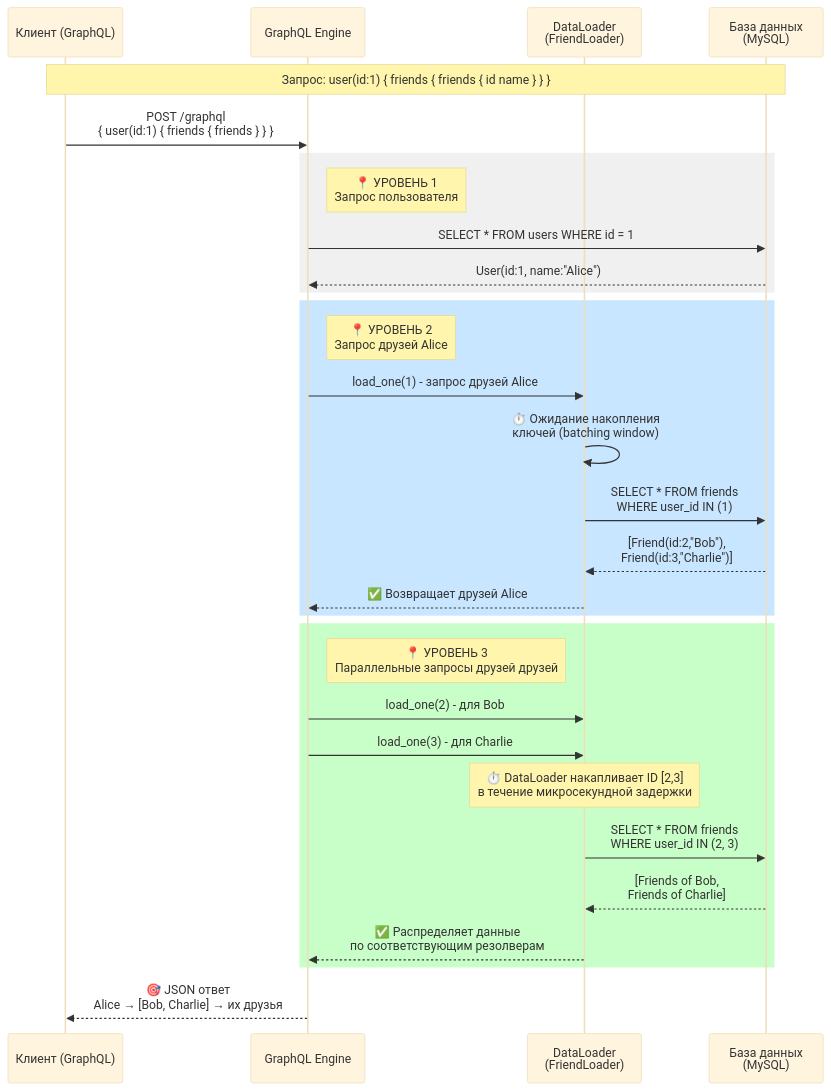
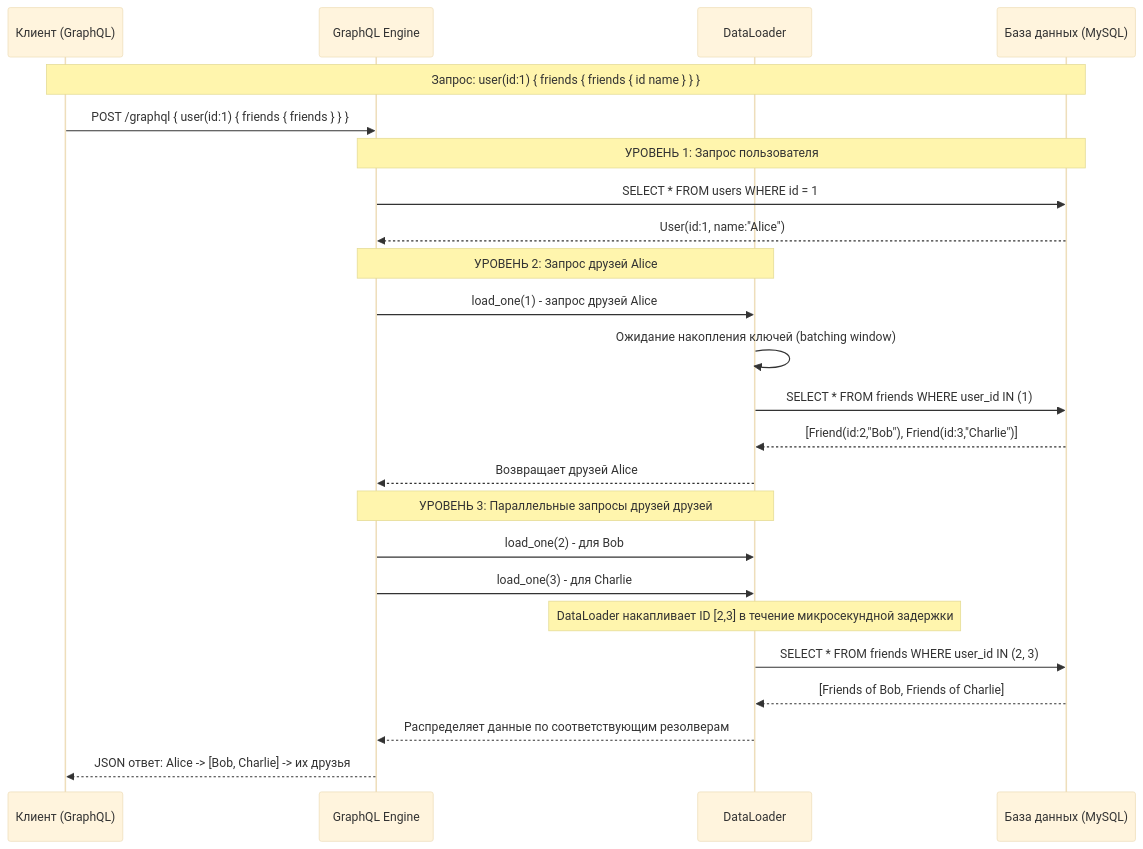
The diagram in 4_backend/README.md (ArthurPronota/rust-incubator), drawn with Mermaid (base theme) before and after one commit.

````diff
--- a/4_backend/README.md
+++ b/4_backend/README.md
@@ -63,41 +63,35 @@
 ```mermaid
 sequenceDiagram
     participant C as Клиент (GraphQL)
     participant E as GraphQL Engine
-    participant D as DataLoader<br/>(FriendLoader)
-    participant DB as База данных<br/>(MySQL)
+    participant D as DataLoader
+    participant DB as База данных (MySQL)
 
     Note over C,DB: Запрос: user(id:1) { friends { friends { id name } } }
 
-    C->>E: POST /graphql<br/>{ user(id:1) { friends { friends } } }
+    C->>E: POST /graphql { user(id:1) { friends { friends } } }
     
-    rect rgb(240, 240, 240)
-        Note right of E: 📍 УРОВЕНЬ 1<br/>Запрос пользователя
-        E->>DB: SELECT * FROM users WHERE id = 1
-        DB-->>E: User(id:1, name:"Alice")
-    end
+    Note over E,DB: УРОВЕНЬ 1: Запрос пользователя
+    E->>DB: SELECT * FROM users WHERE id = 1
+    DB-->>E: User(id:1, name:"Alice")
 
-    rect rgb(200, 230, 255)
-        Note right of E: 📍 УРОВЕНЬ 2<br/>Запрос друзей Alice
-        E->>D: load_one(1) - запрос друзей Alice
-        D->>D: ⏱️ Ожидание накопления<br/>ключей (batching window)
-        D->>DB: SELECT * FROM friends<br/>WHERE user_id IN (1)
-        DB-->>D: [Friend(id:2,"Bob"),<br/>Friend(id:3,"Charlie")]
-        D-->>E: ✅ Возвращает друзей Alice
-    end
+    Note over E,D: УРОВЕНЬ 2: Запрос друзей Alice
+    E->>D: load_one(1) - запрос друзей Alice
+    D->>D: Ожидание накопления ключей (batching window)
+    D->>DB: SELECT * FROM friends WHERE user_id IN (1)
+    DB-->>D: [Friend(id:2,"Bob"), Friend(id:3,"Charlie")]
+    D-->>E: Возвращает друзей Alice
 
-    rect rgb(200, 255, 200)
-        Note right of E: 📍 УРОВЕНЬ 3<br/>Параллельные запросы друзей друзей
-        E->>D: load_one(2) - для Bob
-        E->>D: load_one(3) - для Charlie
-        
-        Note over D: ⏱️ DataLoader накапливает ID [2,3]<br/>в течение микросекундной задержки
-        
-        D->>DB: SELECT * FROM friends<br/>WHERE user_id IN (2, 3)
-        DB-->>D: [Friends of Bob,<br/>Friends of Charlie]
-        
-        D-->>E: ✅ Распределяет данные<br/>по соответствующим резолверам
-    end
+    Note over E,D: УРОВЕНЬ 3: Параллельные запросы друзей друзей
+    E->>D: load_one(2) - для Bob
+    E->>D: load_one(3) - для Charlie
+    
+    Note over D: DataLoader накапливает ID [2,3] в течение микросекундной задержки
+    
+    D->>DB: SELECT * FROM friends WHERE user_id IN (2, 3)
+    DB-->>D: [Friends of Bob, Friends of Charlie]
+    
+    D-->>E: Распределяет данные по соответствующим резолверам
 
-    E-->>C: 🎯 JSON ответ<br/>Alice → [Bob, Charlie] → их друзья
+    E-->>C: JSON ответ: Alice -> [Bob, Charlie] -> их друзья
 ```
````
